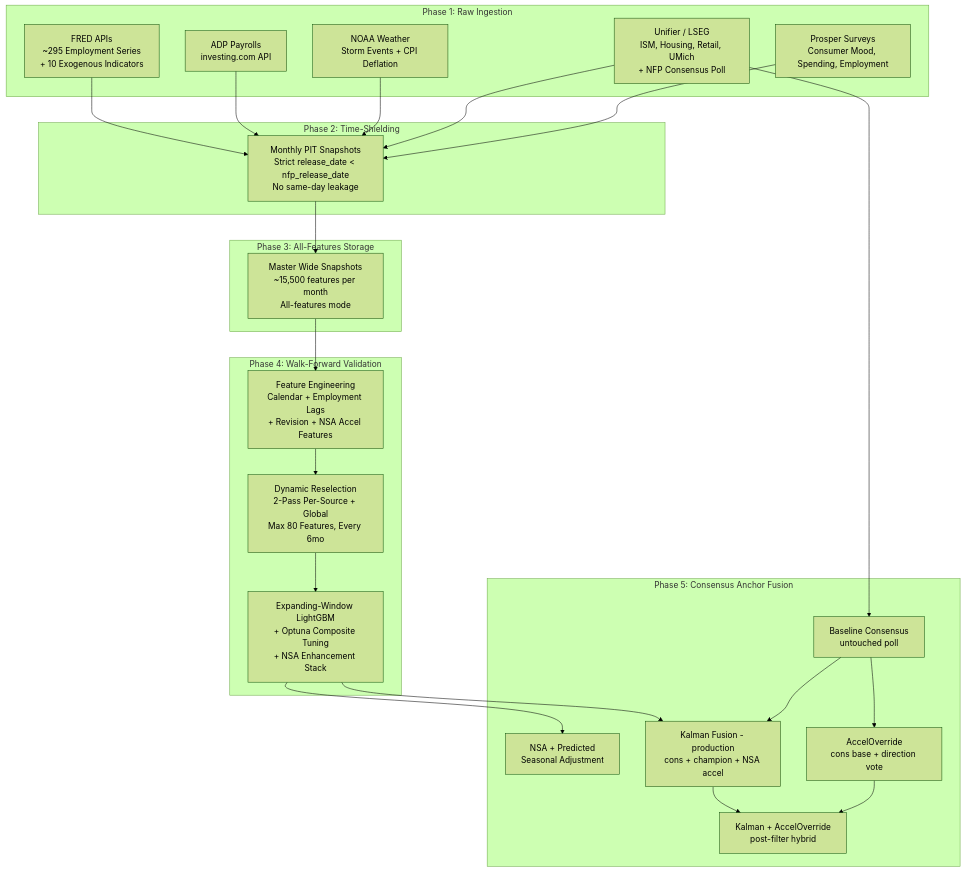
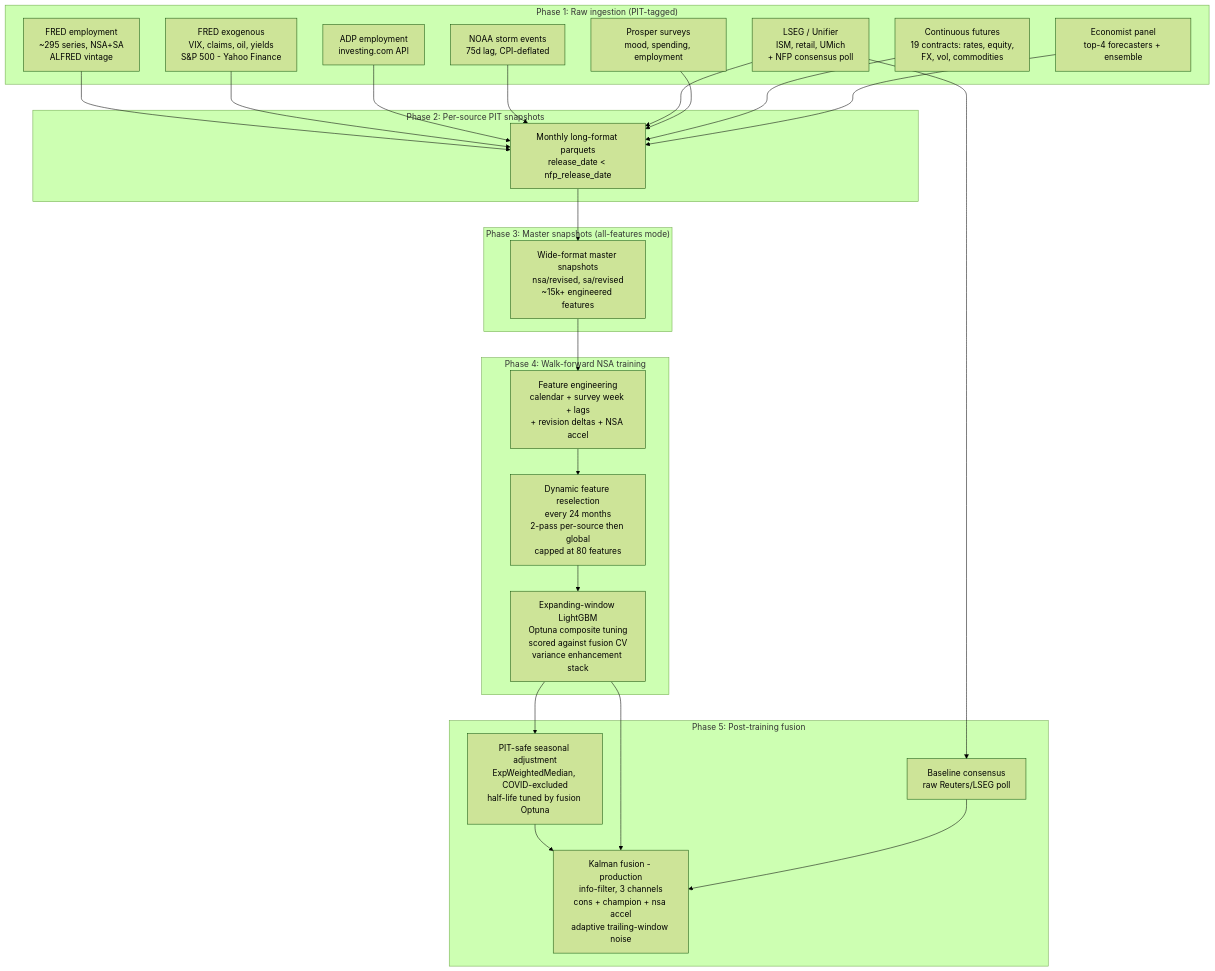
Before and after one commit to dhruvk1432/NFP_Predictor: the diagram in README.md, drawn with Mermaid (forest theme). The commit also changed other lines of this file and 38 other files, not shown here.

````diff
--- a/README.md
+++ b/README.md
@@ -85,50 +73,52 @@
 ```mermaid
 flowchart TD
-    subgraph "Phase 1: Raw Ingestion"
-        FRED[FRED APIs<br/>~295 Employment Series<br/>+ 10 Exogenous Indicators]
-        ADP[ADP Payrolls<br/>investing.com API]
-        NOAA[NOAA Weather<br/>Storm Events + CPI Deflation]
-        Unifier[Unifier / LSEG<br/>ISM, Housing, Retail, UMich<br/>+ NFP Consensus Poll]
-        Prosper[Prosper Surveys<br/>Consumer Mood, Spending, Employment]
+    subgraph Phase1["Phase 1: Raw ingestion (PIT-tagged)"]
+        FRED[FRED employment<br/>~295 series, NSA+SA<br/>ALFRED vintage]
+        FREDX[FRED exogenous<br/>VIX, claims, oil, yields<br/>S&P 500 - Yahoo Finance]
+        ADP[ADP employment<br/>investing.com API]
+        NOAA[NOAA storm events<br/>75d lag, CPI-deflated]
+        Unifier[LSEG / Unifier<br/>ISM, retail, UMich<br/>+ NFP consensus poll]
+        Prosper[Prosper surveys<br/>mood, spending, employment]
+        Futures[Continuous futures<br/>19 contracts: rates, equity,<br/>FX, vol, commodities]
+        Econ[Economist panel<br/>top-4 forecasters + ensemble]
     end
 
-    subgraph "Phase 2: Time-Shielding"
-        Snap[Monthly PIT Snapshots<br/>Strict release_date < nfp_release_date<br/>No same-day leakage]
+    subgraph Phase2["Phase 2: Per-source PIT snapshots"]
+        Snap[Monthly long-format parquets<br/>release_date &lt; nfp_release_date]
     end
 
-    subgraph "Phase 3: All-Features Storage"
-        Master[Master Wide Snapshots<br/>~15,500 features per month<br/>All-features mode]
+    subgraph Phase3["Phase 3: Master snapshots (all-features mode)"]
+        Master[Wide-format master snapshots<br/>nsa/revised, sa/revised<br/>~15k+ engineered features]
     end
 
-    subgraph "Phase 4: Walk-Forward Validation"
-        Pool[Feature Engineering<br/>Calendar + Employment Lags<br/>+ Revision + NSA Accel Features]
-        DynFS[Dynamic Reselection<br/>2-Pass Per-Source + Global<br/>Max 80 Features, Every 6mo]
-        Train[Expanding-Window LightGBM<br/>+ Optuna Composite Tuning<br/>+ NSA Enhancement Stack]
+    subgraph Phase4["Phase 4: Walk-forward NSA training"]
+        FE[Feature engineering<br/>calendar + survey week + lags<br/>+ revision deltas + NSA accel]
+        DynFS[Dynamic feature reselection<br/>every 24 months<br/>2-pass per-source then global<br/>capped at 80 features]
+        LGBM[Expanding-window LightGBM<br/>Optuna composite tuning<br/>scored against fusion CV<br/>variance enhancement stack]
     end
 
-    subgraph "Phase 5: Consensus Anchor Fusion"
-        Adj[NSA + Predicted<br/>Seasonal Adjustment]
-        Kalman[Kalman Fusion - production<br/>cons + champion + NSA accel]
-        AccelOv[AccelOverride<br/>cons base + direction vote]
-        Hybrid[Kalman + AccelOverride<br/>post-filter hybrid]
-        Cons[Baseline Consensus<br/>untouched poll]
+    subgraph Phase5["Phase 5: Post-training fusion"]
+        ExpAdj[PIT-safe seasonal adjustment<br/>ExpWeightedMedian, COVID-excluded<br/>half-life tuned by fusion Optuna]
+        Kalman[Kalman fusion - production<br/>info-filter, 3 channels<br/>cons + champion + nsa accel<br/>adaptive trailing-window noise]
+        Cons[Baseline consensus<br/>raw Reuters/LSEG poll]
     end
 
     FRED --> Snap
+    FREDX --> Snap
     ADP --> Snap
     NOAA --> Snap
     Unifier --> Snap
     Prosper --> Snap
+    Futures --> Snap
+    Econ --> Snap
 
     Snap --> Master
-    Master --> Pool
-    Pool --> DynFS
-    DynFS --> Train
-    Train --> Adj
-    Train --> Kalman
+    Master --> FE
+    FE --> DynFS
+    DynFS --> LGBM
+    LGBM --> ExpAdj
+    ExpAdj --> Kalman
+    LGBM --> Kalman
     Unifier --> Cons
     Cons --> Kalman
-    Cons --> AccelOv
-    Kalman --> Hybrid
-    AccelOv --> Hybrid
 ```
````
